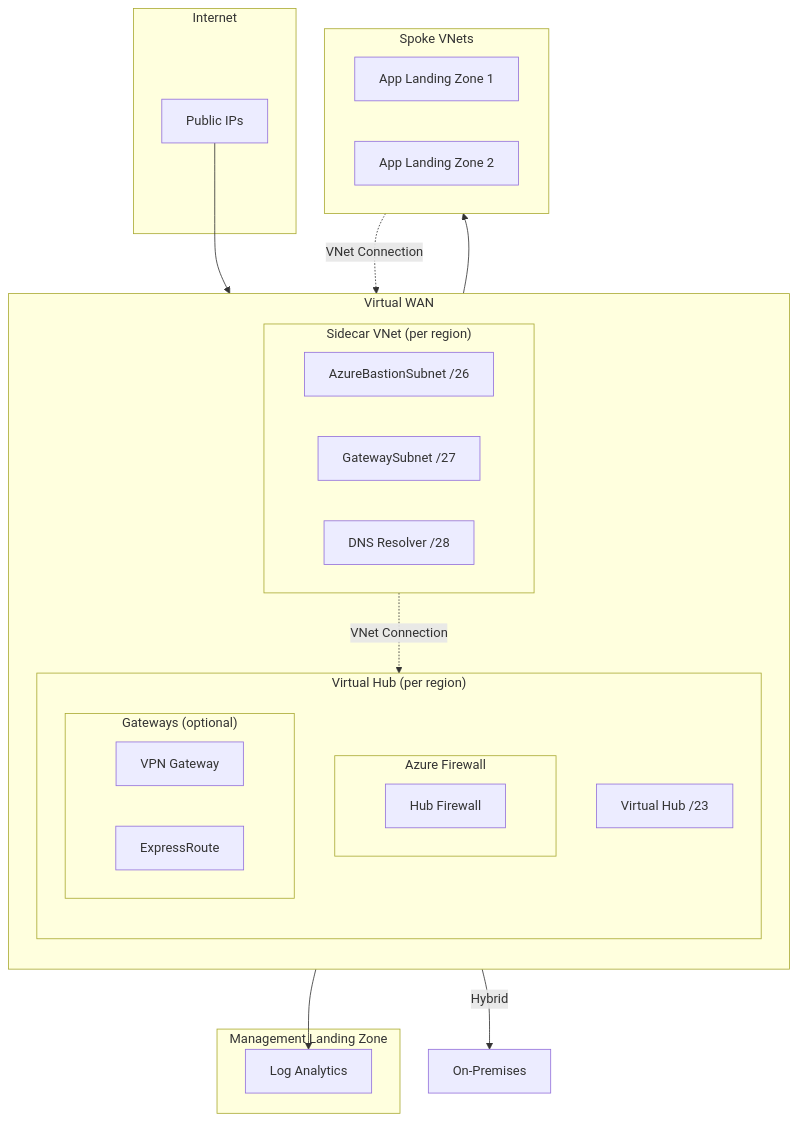
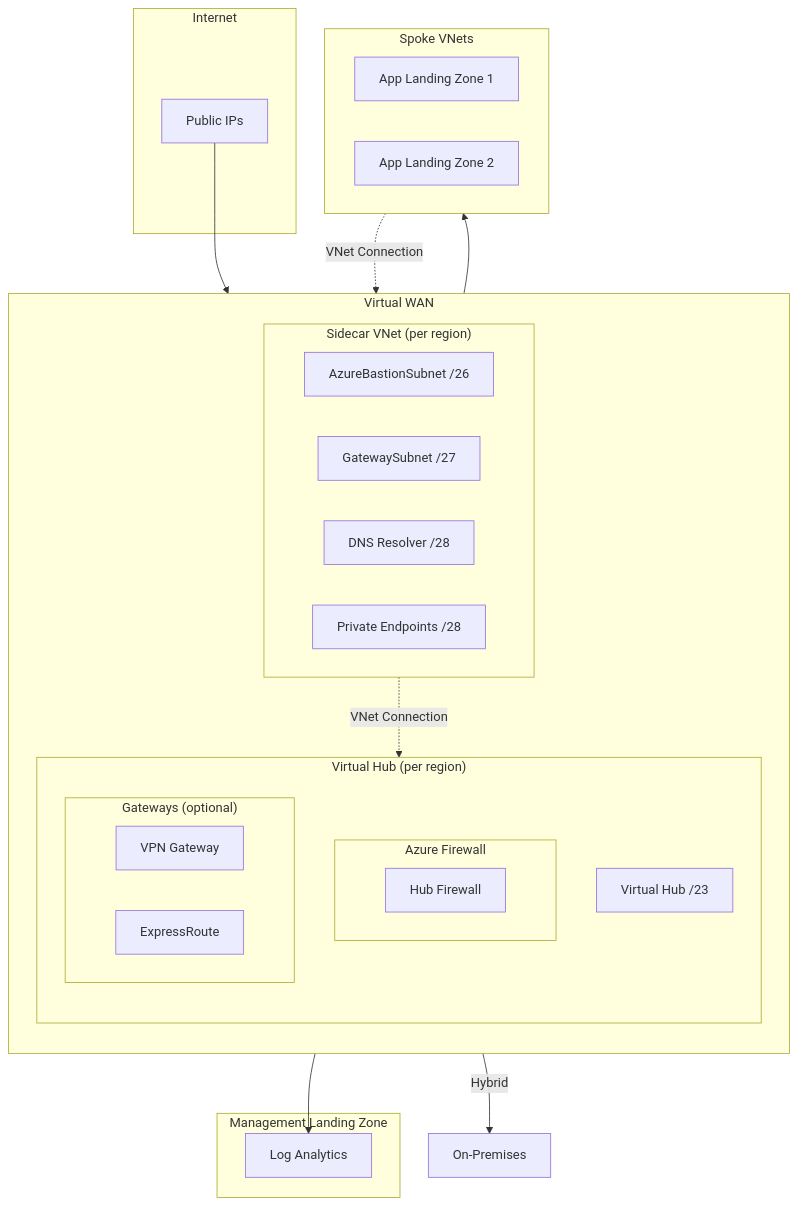
The diagram in src/connectivity-virtual-wan/README.md (Ensono/stacks-azure-platform-landing-zone), drawn with Mermaid before and after one commit. The commit also changed other lines of this file and 137 other files, not shown here.

````diff
--- a/src/connectivity-virtual-wan/README.md
+++ b/src/connectivity-virtual-wan/README.md
@@ -9,46 +21,47 @@
-```mermaid
+``` mermaid
 flowchart TB
     subgraph Internet
         PIP["Public IPs"]
     end
 
     subgraph VWAN["Virtual WAN"]
         direction TB
 
         subgraph Hub1["Virtual Hub (per region)"]
             direction TB
             VHub["Virtual Hub /23"]
 
             subgraph FW["Azure Firewall"]
                 FWHub["Hub Firewall"]
             end
 
             subgraph Gateway["Gateways (optional)"]
                 VPN["VPN Gateway"]
                 ER["ExpressRoute"]
             end
         end
 
         subgraph Sidecar["Sidecar VNet (per region)"]
             Bastion["AzureBastionSubnet /26"]
             GWSubnet["GatewaySubnet /27"]
             Resolver["DNS Resolver /28"]
+            PE["Private Endpoints /28"]
         end
     end
 
     subgraph Spokes["Spoke VNets"]
         Spoke1["App Landing Zone 1"]
         Spoke2["App Landing Zone 2"]
     end
 
     subgraph Management["Management Landing Zone"]
         LogAnalytics["Log Analytics"]
     end
 
     PIP --> FW
     FW --> Spokes
     Spokes -.-> |"VNet Connection"| Hub1
     Gateway --> |"Hybrid"| OnPrem["On-Premises"]
     Sidecar -.-> |"VNet Connection"| Hub1
     FW --> LogAnalytics
 ```
````
